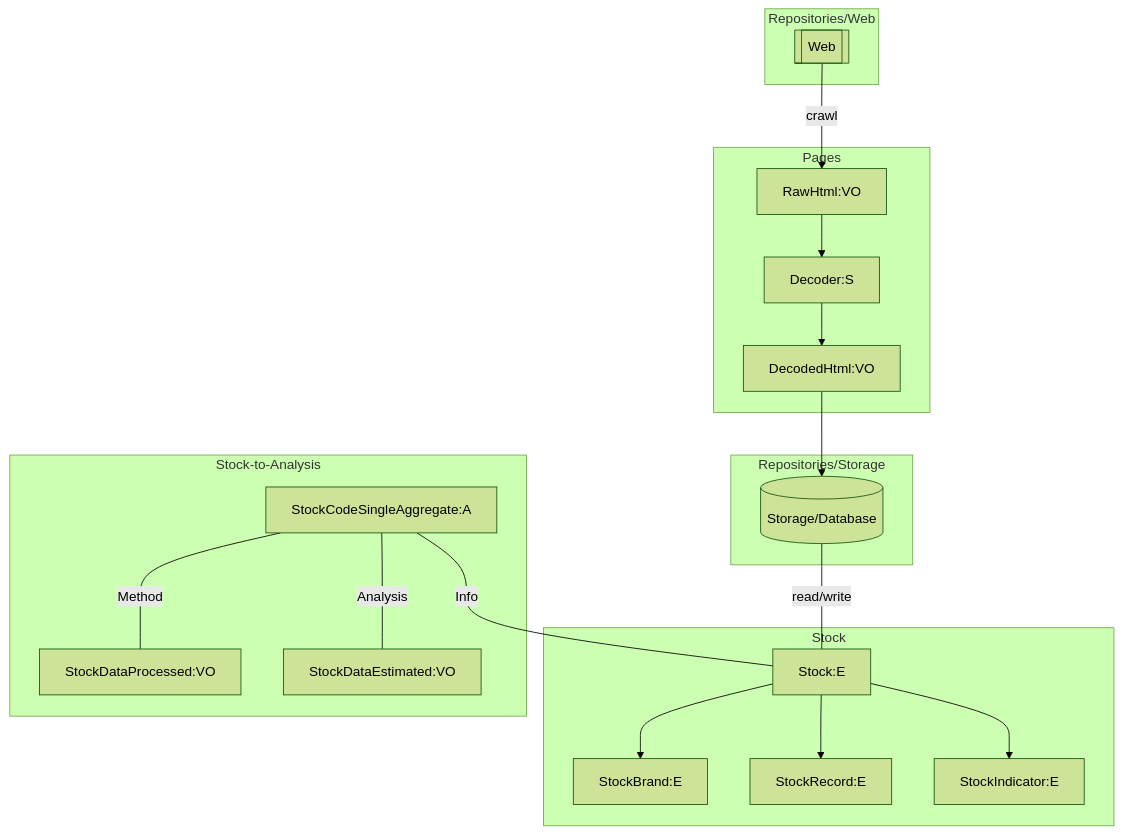
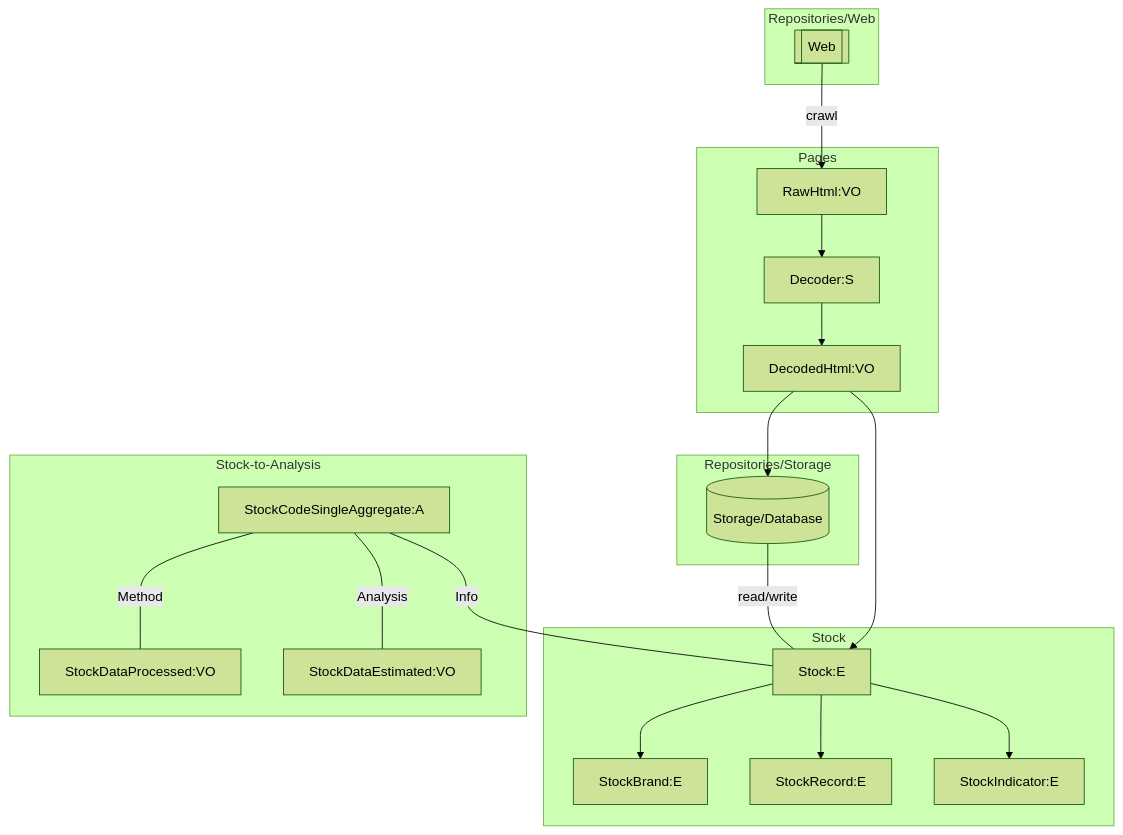
One commit to gsy0911/kabutobashi changed the diagram in README.md. Above: the diagram before and after it, drawn with Mermaid (forest theme). The commit also changed 1 other file, not shown here.

Commit message:
#149 modify diagram

````diff
--- a/README.md
+++ b/README.md
@@ -22,42 +22,43 @@
 ```mermaid
 graph TD;
   
   subgraph Stock
     stock[Stock:E]
     brand[StockBrand:E]
     record[StockRecord:E]
     indicator[StockIndicator:E]
     
     stock --> brand
     stock --> record
     stock --> indicator
   end
 
   subgraph Stock-to-Analysis
     aggregate[StockCodeSingleAggregate:A]
     processed[StockDataProcessed:VO]
     estimated[StockDataEstimated:VO]
     
     aggregate --- |Info| stock
     aggregate --- |Method| processed
     aggregate --- |Analysis| estimated
   end
 
   subgraph Repositories/Storage
     repositories[(Storage/Database)] --- | read/write | stock
   end
 
   subgraph Pages
     raw_html[RawHtml:VO]
     decoder[Decoder:S]
     decoded_html[DecodedHtml:VO]
 
     raw_html --> decoder
     decoder --> decoded_html
     decoded_html --> repositories
+    decoded_html --> stock
   end
 
   subgraph Repositories/Web
     web[[Web]] --> | crawl | raw_html
   end
 ```
````
